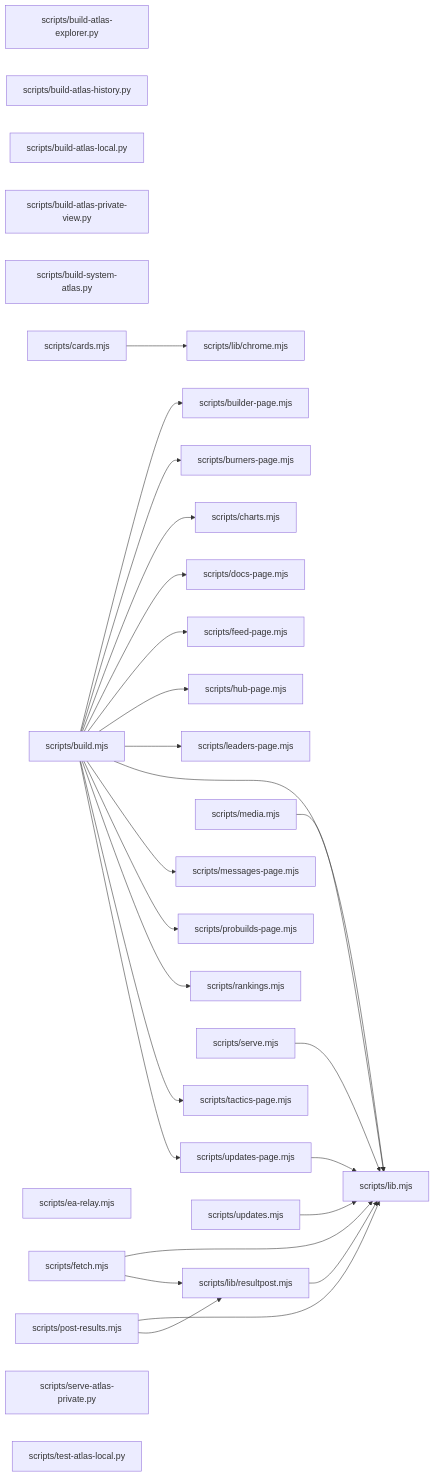
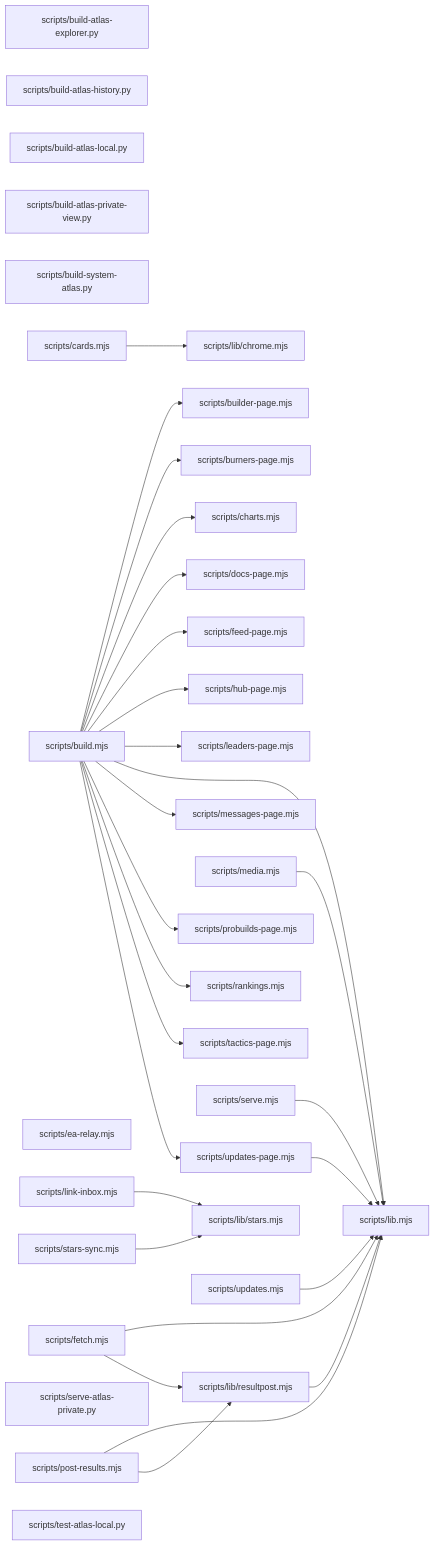
Before and after one commit to devroadtosucces15-boop/Norex-United-FC: the diagram in PLANNING/system-atlas/layer-scripts.md, drawn with Mermaid. The commit also changed 6 other files, not shown here.

````diff
--- a/PLANNING/system-atlas/layer-scripts.md
+++ b/PLANNING/system-atlas/layer-scripts.md
@@ -5,56 +5,61 @@
 ```mermaid
 flowchart LR
   n0["scripts/build-atlas-explorer.py"]
   n1["scripts/build-atlas-history.py"]
   n2["scripts/build-atlas-local.py"]
   n3["scripts/build-atlas-private-view.py"]
   n4["scripts/build-system-atlas.py"]
   n5["scripts/build.mjs"]
   n6["scripts/builder-page.mjs"]
   n7["scripts/burners-page.mjs"]
   n8["scripts/cards.mjs"]
   n9["scripts/charts.mjs"]
   n10["scripts/docs-page.mjs"]
   n11["scripts/ea-relay.mjs"]
   n12["scripts/feed-page.mjs"]
   n13["scripts/fetch.mjs"]
   n14["scripts/hub-page.mjs"]
   n15["scripts/leaders-page.mjs"]
   n16["scripts/lib.mjs"]
   n17["scripts/lib/chrome.mjs"]
   n18["scripts/lib/resultpost.mjs"]
-  n19["scripts/media.mjs"]
-  n20["scripts/messages-page.mjs"]
-  n21["scripts/post-results.mjs"]
-  n22["scripts/probuilds-page.mjs"]
-  n23["scripts/rankings.mjs"]
-  n24["scripts/serve-atlas-private.py"]
-  n25["scripts/serve.mjs"]
-  n26["scripts/tactics-page.mjs"]
-  n27["scripts/test-atlas-local.py"]
-  n28["scripts/updates-page.mjs"]
-  n29["scripts/updates.mjs"]
+  n19["scripts/lib/stars.mjs"]
+  n20["scripts/link-inbox.mjs"]
+  n21["scripts/media.mjs"]
+  n22["scripts/messages-page.mjs"]
+  n23["scripts/post-results.mjs"]
+  n24["scripts/probuilds-page.mjs"]
+  n25["scripts/rankings.mjs"]
+  n26["scripts/serve-atlas-private.py"]
+  n27["scripts/serve.mjs"]
+  n28["scripts/stars-sync.mjs"]
+  n29["scripts/tactics-page.mjs"]
+  n30["scripts/test-atlas-local.py"]
+  n31["scripts/updates-page.mjs"]
+  n32["scripts/updates.mjs"]
   n5 --> n6
   n5 --> n7
   n5 --> n9
   n5 --> n10
   n5 --> n12
   n5 --> n14
   n5 --> n15
   n5 --> n16
-  n5 --> n20
   n5 --> n22
-  n5 --> n23
-  n5 --> n26
-  n5 --> n28
+  n5 --> n24
+  n5 --> n25
+  n5 --> n29
+  n5 --> n31
   n8 --> n17
   n13 --> n16
   n13 --> n18
   n18 --> n16
-  n19 --> n16
+  n20 --> n19
   n21 --> n16
-  n21 --> n18
-  n25 --> n16
-  n28 --> n16
-  n29 --> n16
+  n23 --> n16
+  n23 --> n18
+  n27 --> n16
+  n28 --> n19
+  n31 --> n16
+  n32 --> n16
 ```
````
